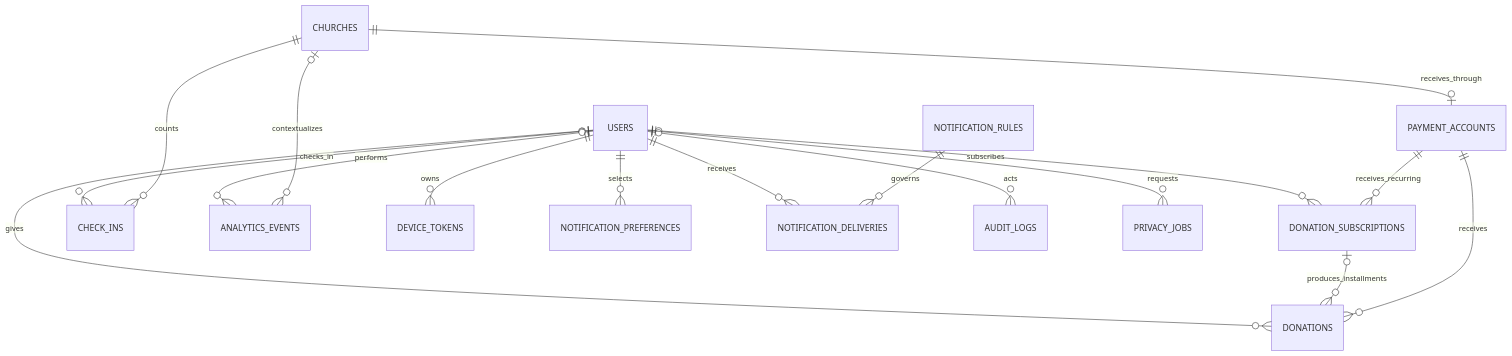
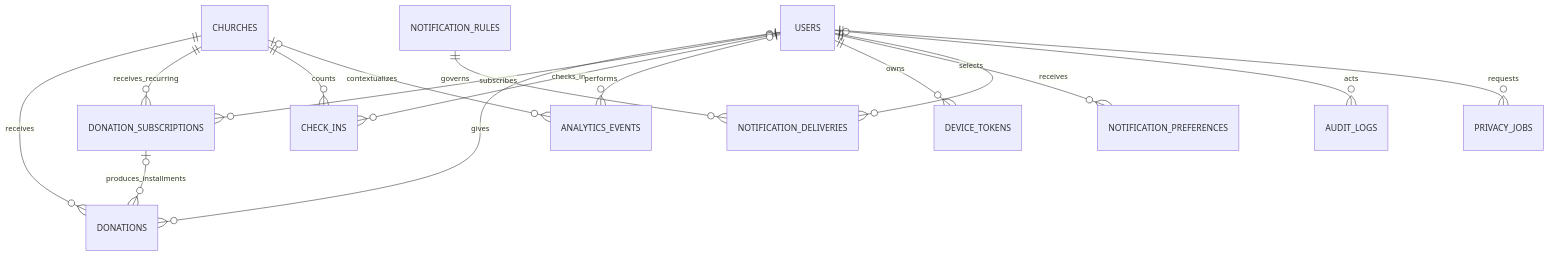
Before and after one commit to prayer365admin/website-prayer-365: the fifth of 16 diagrams in docs/SPEC.md, drawn with Mermaid. The commit also changed other lines of this file and 2 other files, not shown here.

First line of the commit message:
docs(donations): align spec, tasks, and Stripe guide with central platform account

````diff
--- a/docs/SPEC.md
+++ b/docs/SPEC.md
@@ -344,19 +344,18 @@
 ```mermaid
 erDiagram
-    CHURCHES ||--o| PAYMENT_ACCOUNTS : receives_through
-    PAYMENT_ACCOUNTS ||--o{ DONATIONS : receives
-    PAYMENT_ACCOUNTS ||--o{ DONATION_SUBSCRIPTIONS : receives_recurring
+    CHURCHES ||--o{ DONATIONS : receives
+    CHURCHES ||--o{ DONATION_SUBSCRIPTIONS : receives_recurring
     DONATION_SUBSCRIPTIONS o|--o{ DONATIONS : produces_installments
     USERS o|--o{ DONATIONS : gives
     USERS o|--o{ DONATION_SUBSCRIPTIONS : subscribes
     CHURCHES ||--o{ CHECK_INS : counts
     USERS o|--o{ CHECK_INS : checks_in
     CHURCHES o|--o{ ANALYTICS_EVENTS : contextualizes
     USERS o|--o{ ANALYTICS_EVENTS : performs
     USERS ||--o{ DEVICE_TOKENS : owns
     USERS ||--o{ NOTIFICATION_PREFERENCES : selects
     NOTIFICATION_RULES ||--o{ NOTIFICATION_DELIVERIES : governs
     USERS ||--o{ NOTIFICATION_DELIVERIES : receives
     USERS o|--o{ AUDIT_LOGS : acts
     USERS ||--o{ PRIVACY_JOBS : requests
 ```
````
